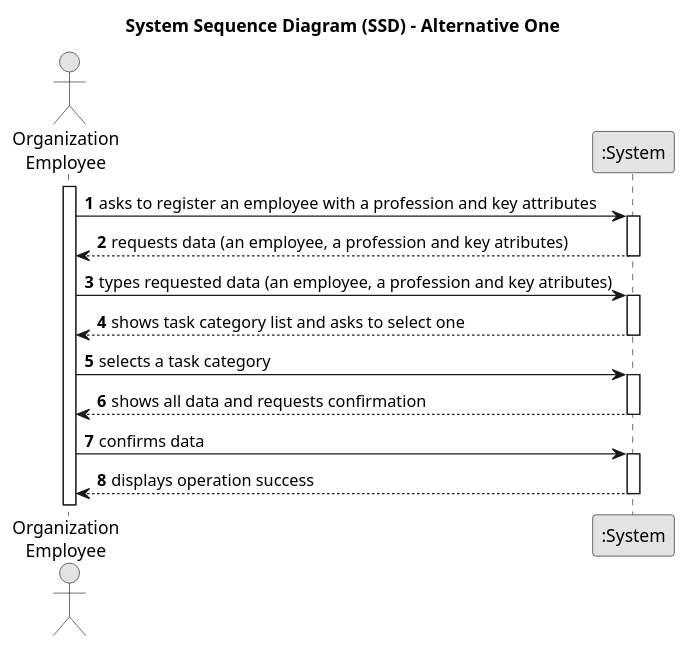
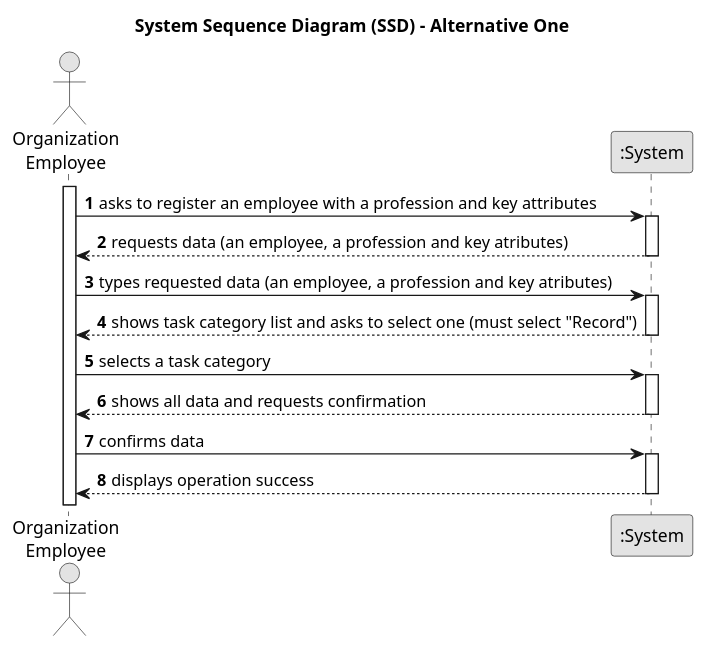
The diagram in docs/sprintA/us003/01.requirements-engineering/puml/us006-system-sequence-diagram-alternative-one.puml (Departamento-de-Engenharia-Informatica/lei-24-s2-1df-1de-g063), drawn with PlantUML before and after one commit. The commit also changed 1 other file, not shown here.

```diff
--- a/docs/sprintA/us003/01.requirements-engineering/puml/us006-system-sequence-diagram-alternative-one.puml
+++ b/docs/sprintA/us003/01.requirements-engineering/puml/us006-system-sequence-diagram-alternative-one.puml
@@ -1,40 +1,40 @@
 @startuml
 skinparam monochrome true
 skinparam packageStyle rectangle
 skinparam shadowing false
 
 title System Sequence Diagram (SSD) - Alternative One
 
 autonumber
 
 actor "Organization\nEmployee" as Employee
 participant ":System" as System
 
 activate Employee
 
     Employee -> System : asks to register an employee with a profession and key attributes
 
     activate System
 
         System --> Employee : requests data (an employee, a profession and key atributes)
     deactivate System
 
     Employee -> System : types requested data (an employee, a profession and key atributes)
     activate System
 
-        System --> Employee : shows task category list and asks to select one
+        System --> Employee : shows task category list and asks to select one (must select "Record")
     deactivate System
 
     Employee -> System : selects a task category
     activate System
 
         System --> Employee : shows all data and requests confirmation
     deactivate System
 
     Employee -> System : confirms data
     activate System
 
         System --> Employee : displays operation success
     deactivate System
 
 @enduml
```
